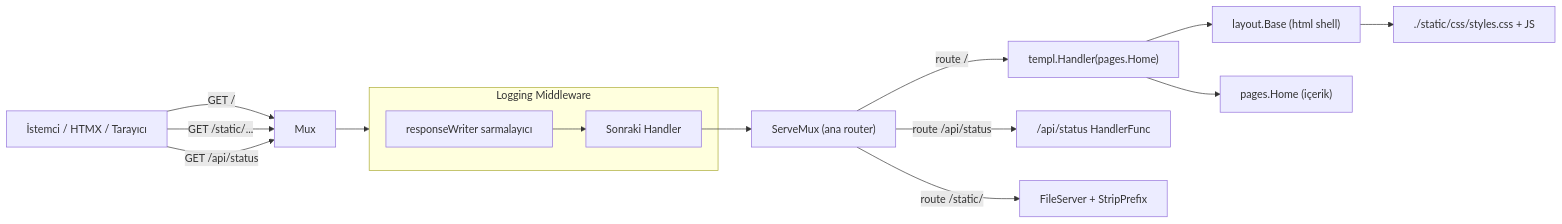
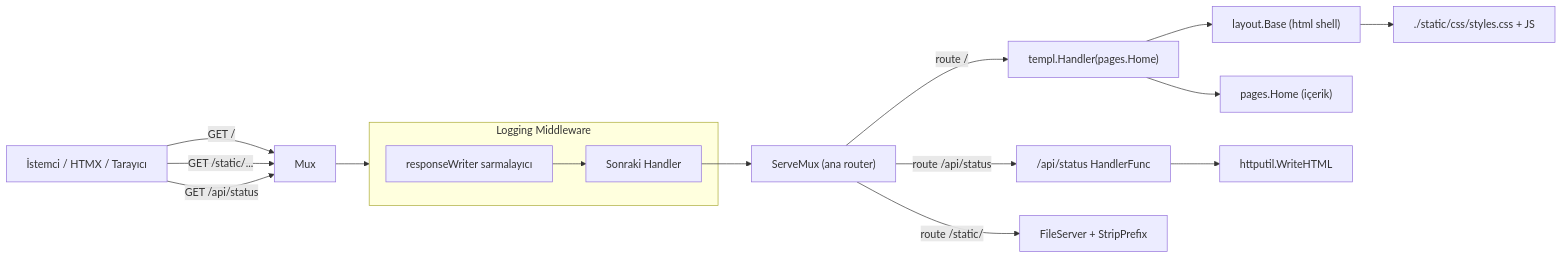
One commit to ozkansen/ozkansen.com changed the diagram in docs/wiki/WebServer.md. Above: the diagram before and after it, drawn with Mermaid. The commit also changed other lines of this file and 6 other files, not shown here.

````diff
--- a/docs/wiki/WebServer.md
+++ b/docs/wiki/WebServer.md
@@ -34,21 +34,22 @@
 ```mermaid
 flowchart LR
     Client[İstemci / HTMX / Tarayıcı] -->|"GET /"| Mux
     Client -->|"GET /static/..."| Mux
     Client -->|"GET /api/status"| Mux
 
     subgraph LoggerMW [Logging Middleware]
         RW[responseWriter sarmalayıcı] --> Next[Sonraki Handler]
     end
 
     Mux --> LoggerMW
     Next --> RouteMux["ServeMux (ana router)"]
 
     RouteMux -->|"route /"| HomeHandler["templ.Handler(pages.Home)"]
     RouteMux -->|"route /api/status"| APIHandler["/api/status HandlerFunc"]
     RouteMux -->|"route /static/"| FileServer[FileServer + StripPrefix]
 
     HomeHandler --> Base["layout.Base (html shell)"]
     HomeHandler --> HomeComp["pages.Home (içerik)"]
     Base --> Static["./static/css/styles.css + JS"]
+    APIHandler --> HTMLUtil["httputil.WriteHTML"]
 ```
````
